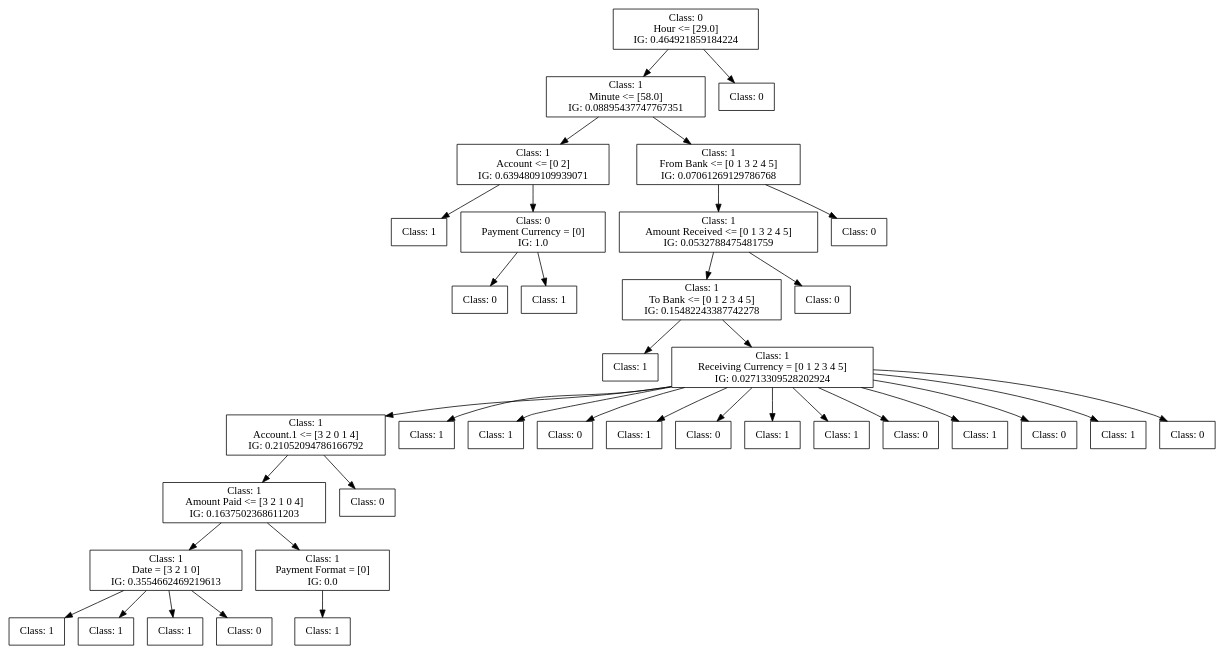
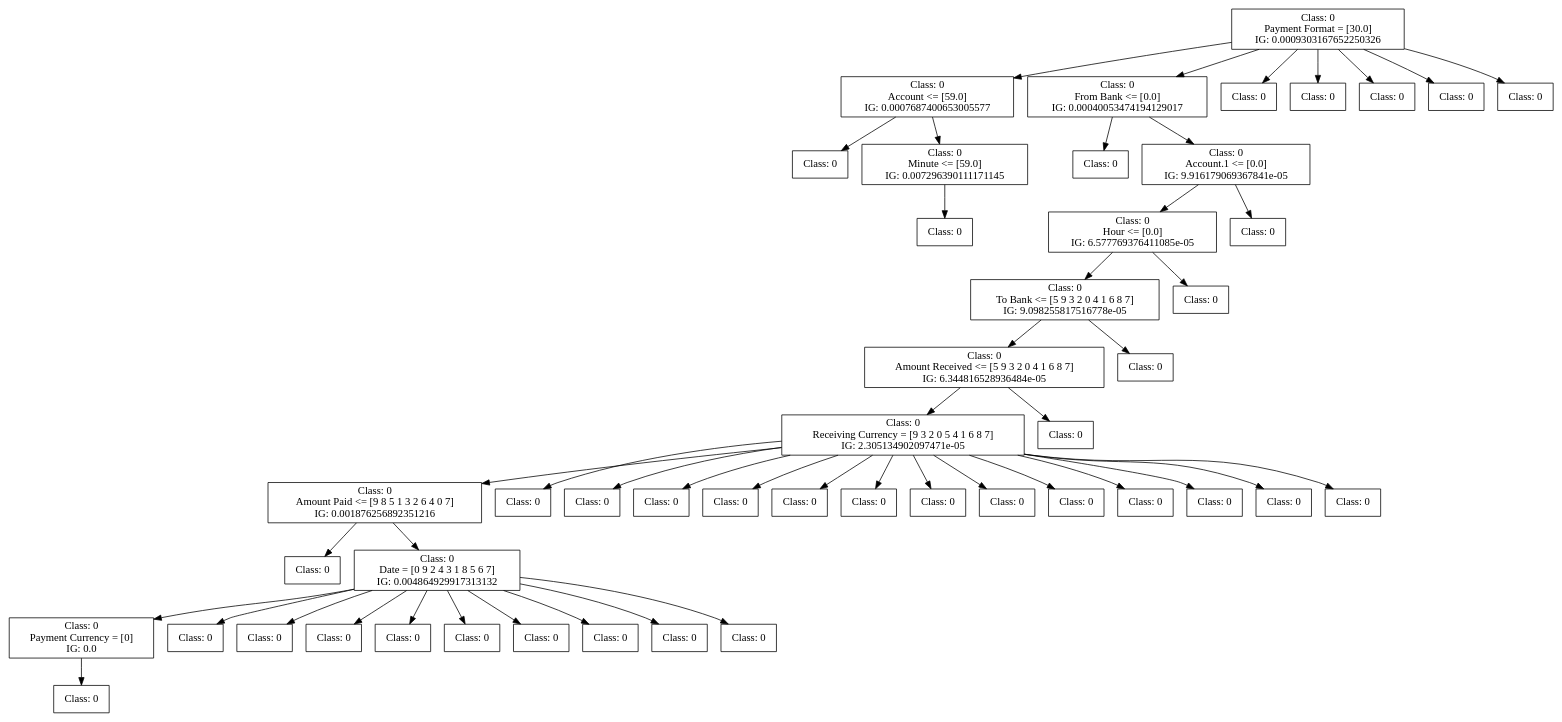
One commit to FedericoBruzzone/anti-money-laundering changed the diagram in dot_figs/tree-c45-wo_preprocessing.dot. Above: the diagram before and after it, drawn with Graphviz. The commit also changed 13 other files, not shown here.

```diff
--- a/dot_figs/tree-c45-wo_preprocessing.dot
+++ b/dot_figs/tree-c45-wo_preprocessing.dot
@@ -1,126 +1,159 @@
 digraph DecisionTree {
 	rankdir=TD;
 	node [shape=box];
-	1814007350320 [label="Class: 0
-Hour <= [29.0]
-IG: 0.464921859184224"];
-	1812574096448 [label="Class: 1
-Minute <= [58.0]
-IG: 0.08895437747767351"];
-	1814007350320 -> 1812574096448;
-	1812574103696 [label="Class: 1
-Account <= [0 2]
-IG: 0.6394809109939071"];
-	1812574096448 -> 1812574103696;
-	1812574107248 [label="Class: 1
+	2506859441616 [label="Class: 0
+Payment Format = [30.0]
+IG: 0.0009303167652250326"];
+	2509816058720 [label="Class: 0
+Account <= [59.0]
+IG: 0.0007687400653005577"];
+	2506859441616 -> 2509816058720;
+	2509816067408 [label="Class: 0
 "];
-	1812574103696 -> 1812574107248;
-	1812574107680 [label="Class: 0
+	2509816058720 -> 2509816067408;
+	2509816067840 [label="Class: 0
+Minute <= [59.0]
+IG: 0.007296390111171145"];
+	2509816058720 -> 2509816067840;
+	2509816992848 [label="Class: 0
+"];
+	2509816067840 -> 2509816992848;
+	2509816059056 [label="Class: 0
+From Bank <= [0.0]
+IG: 0.00040053474194129017"];
+	2506859441616 -> 2509816059056;
+	2509817000528 [label="Class: 0
+"];
+	2509816059056 -> 2509817000528;
+	2509817000960 [label="Class: 0
+Account.1 <= [0.0]
+IG: 9.916179069367841e-05"];
+	2509816059056 -> 2509817000960;
+	2509932843008 [label="Class: 0
+Hour <= [0.0]
+IG: 6.577769376411085e-05"];
+	2509817000960 -> 2509932843008;
+	2509932850304 [label="Class: 0
+To Bank <= [5 9 3 2 0 4 1 6 8 7]
+IG: 9.098255817516778e-05"];
+	2509932843008 -> 2509932850304;
+	2506850167312 [label="Class: 0
+Amount Received <= [5 9 3 2 0 4 1 6 8 7]
+IG: 6.344816528936484e-05"];
+	2509932850304 -> 2506850167312;
+	2506859585616 [label="Class: 0
+Receiving Currency = [9 3 2 0 5 4 1 6 8 7]
+IG: 2.305134902097471e-05"];
+	2506850167312 -> 2506859585616;
+	2509816064000 [label="Class: 0
+Amount Paid <= [9 8 5 1 3 2 6 4 0 7]
+IG: 0.001876256892351216"];
+	2506859585616 -> 2509816064000;
+	2509816066208 [label="Class: 0
+"];
+	2509816064000 -> 2509816066208;
+	2509816070000 [label="Class: 0
+Date = [0 9 2 4 3 1 8 5 6 7]
+IG: 0.004864929917313132"];
+	2509816064000 -> 2509816070000;
+	2509816067024 [label="Class: 0
 Payment Currency = [0]
-IG: 1.0"];
-	1812574103696 -> 1812574107680;
-	1812574108928 [label="Class: 0
+IG: 0.0"];
+	2509816070000 -> 2509816067024;
+	2509816065680 [label="Class: 0
 "];
-	1812574107680 -> 1812574108928;
-	1812574109408 [label="Class: 1
+	2509816067024 -> 2509816065680;
+	2509816066160 [label="Class: 0
 "];
-	1812574107680 -> 1812574109408;
-	1812574104128 [label="Class: 1
-From Bank <= [0 1 3 2 4 5]
-IG: 0.07061269129786768"];
-	1812574096448 -> 1812574104128;
-	1812722750736 [label="Class: 1
-Amount Received <= [0 1 3 2 4 5]
-IG: 0.0532788475481759"];
-	1812574104128 -> 1812722750736;
-	1812722755536 [label="Class: 1
-To Bank <= [0 1 2 3 4 5]
-IG: 0.15482243387742278"];
-	1812722750736 -> 1812722755536;
-	1812722760000 [label="Class: 1
+	2509816070000 -> 2509816066160;
+	2509816069520 [label="Class: 0
 "];
-	1812722755536 -> 1812722760000;
-	1812722760432 [label="Class: 1
-Receiving Currency = [0 1 2 3 4 5]
-IG: 0.02713309528202924"];
-	1812722755536 -> 1812722760432;
-	1812722813248 [label="Class: 1
-Account.1 <= [3 2 0 1 4]
-IG: 0.21052094786166792"];
-	1812722760432 -> 1812722813248;
-	1812722817232 [label="Class: 1
-Amount Paid <= [3 2 1 0 4]
-IG: 0.1637502368611203"];
-	1812722813248 -> 1812722817232;
-	1812722819104 [label="Class: 1
-Date = [3 2 1 0]
-IG: 0.3554662469219613"];
-	1812722817232 -> 1812722819104;
-	1812722821120 [label="Class: 1
+	2509816070000 -> 2509816069520;
+	2509816068032 [label="Class: 0
 "];
-	1812722819104 -> 1812722821120;
-	1812722820544 [label="Class: 1
+	2509816070000 -> 2509816068032;
+	2509816064624 [label="Class: 0
 "];
-	1812722819104 -> 1812722820544;
-	1812722820304 [label="Class: 1
+	2509816070000 -> 2509816064624;
+	2509816069808 [label="Class: 0
 "];
-	1812722819104 -> 1812722820304;
-	1812722818336 [label="Class: 0
+	2509816070000 -> 2509816069808;
+	2509816063712 [label="Class: 0
 "];
-	1812722819104 -> 1812722818336;
-	1812722819536 [label="Class: 1
-Payment Format = [0]
-IG: 0.0"];
-	1812722817232 -> 1812722819536;
-	1812722821696 [label="Class: 1
+	2509816070000 -> 2509816063712;
+	2509816065056 [label="Class: 0
 "];
-	1812722819536 -> 1812722821696;
-	1812722817664 [label="Class: 0
+	2509816070000 -> 2509816065056;
+	2509816066304 [label="Class: 0
 "];
-	1812722813248 -> 1812722817664;
-	1812722813920 [label="Class: 1
+	2509816070000 -> 2509816066304;
+	2509816069856 [label="Class: 0
 "];
-	1812722760432 -> 1812722813920;
-	1812722811424 [label="Class: 1
+	2509816070000 -> 2509816069856;
+	2509816064672 [label="Class: 0
 "];
-	1812722760432 -> 1812722811424;
-	1812722813440 [label="Class: 0
+	2506859585616 -> 2509816064672;
+	2509816061792 [label="Class: 0
 "];
-	1812722760432 -> 1812722813440;
-	1812722812768 [label="Class: 1
+	2506859585616 -> 2509816061792;
+	2509816059104 [label="Class: 0
 "];
-	1812722760432 -> 1812722812768;
-	1812722813008 [label="Class: 0
+	2506859585616 -> 2509816059104;
+	2509816064432 [label="Class: 0
 "];
-	1812722760432 -> 1812722813008;
-	1812722813152 [label="Class: 1
+	2506859585616 -> 2509816064432;
+	2509816063760 [label="Class: 0
 "];
-	1812722760432 -> 1812722813152;
-	1812722813632 [label="Class: 1
+	2506859585616 -> 2509816063760;
+	2509816059296 [label="Class: 0
 "];
-	1812722760432 -> 1812722813632;
-	1812722813584 [label="Class: 0
+	2506859585616 -> 2509816059296;
+	2509816063616 [label="Class: 0
 "];
-	1812722760432 -> 1812722813584;
-	1812722814064 [label="Class: 1
+	2506859585616 -> 2509816063616;
+	2509816065440 [label="Class: 0
 "];
-	1812722760432 -> 1812722814064;
-	1812722814208 [label="Class: 0
+	2506859585616 -> 2509816065440;
+	2509816065584 [label="Class: 0
 "];
-	1812722760432 -> 1812722814208;
-	1812722814352 [label="Class: 1
+	2506859585616 -> 2509816065584;
+	2509816066016 [label="Class: 0
 "];
-	1812722760432 -> 1812722814352;
-	1812722814496 [label="Class: 0
+	2506859585616 -> 2509816066016;
+	2509816063904 [label="Class: 0
 "];
-	1812722760432 -> 1812722814496;
-	1812722755968 [label="Class: 0
+	2506859585616 -> 2509816063904;
+	2509816065392 [label="Class: 0
 "];
-	1812722750736 -> 1812722755968;
-	1812722751168 [label="Class: 0
+	2506859585616 -> 2509816065392;
+	2509816061504 [label="Class: 0
 "];
-	1812574104128 -> 1812722751168;
-	1812574096880 [label="Class: 0
+	2506859585616 -> 2509816061504;
+	2509816056560 [label="Class: 0
 "];
-	1814007350320 -> 1812574096880;
+	2506850167312 -> 2509816056560;
+	2506302258144 [label="Class: 0
+"];
+	2509932850304 -> 2506302258144;
+	2509932850736 [label="Class: 0
+"];
+	2509932843008 -> 2509932850736;
+	2509932843440 [label="Class: 0
+"];
+	2509817000960 -> 2509932843440;
+	2509816057760 [label="Class: 0
+"];
+	2506859441616 -> 2509816057760;
+	2509816058528 [label="Class: 0
+"];
+	2506859441616 -> 2509816058528;
+	2509816057856 [label="Class: 0
+"];
+	2506859441616 -> 2509816057856;
+	2509816058096 [label="Class: 0
+"];
+	2506859441616 -> 2509816058096;
+	2509816058240 [label="Class: 0
+"];
+	2506859441616 -> 2509816058240;
 }
```
